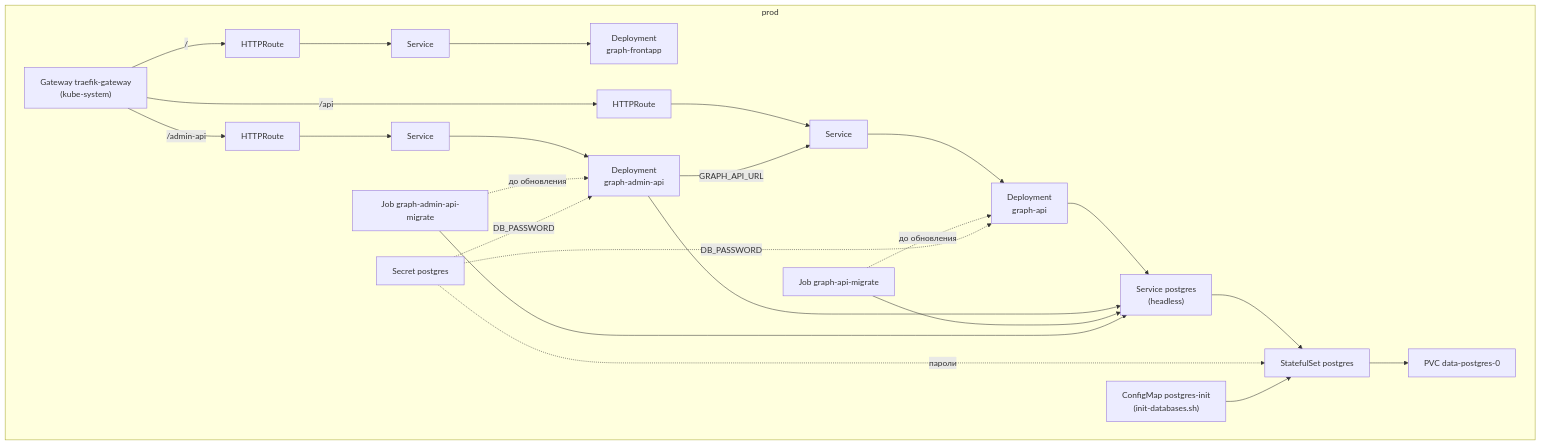
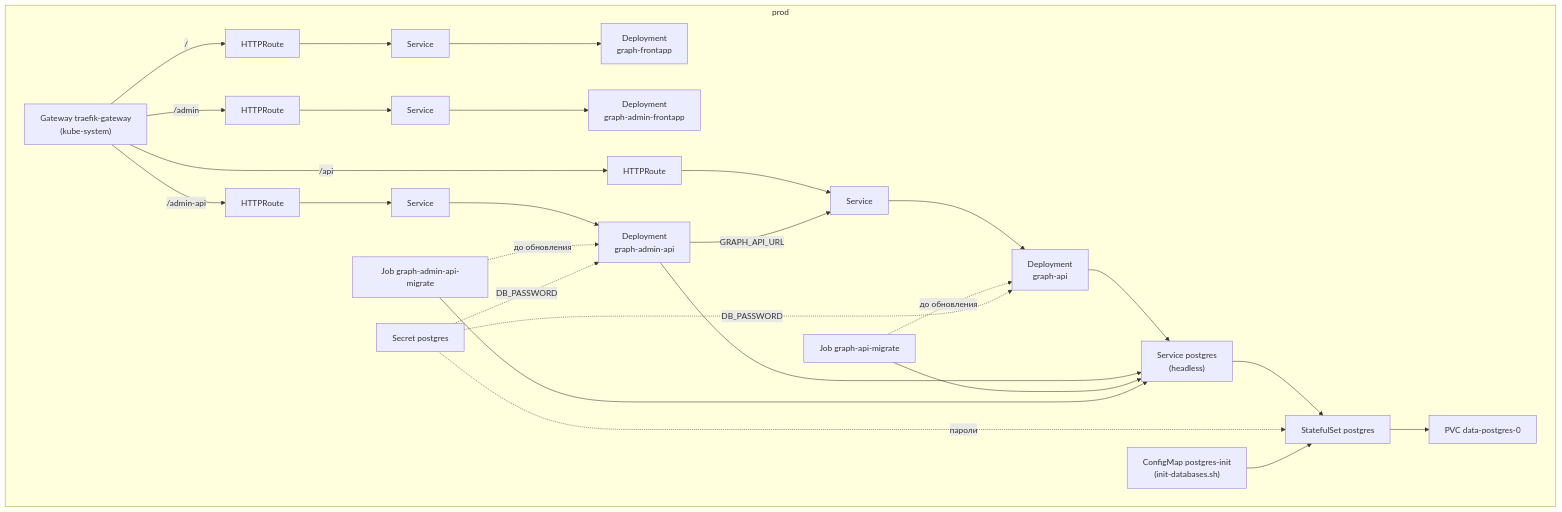
The diagram in infra/deploy/README.md (feytox/shugraph), drawn with Mermaid before and after one commit. The commit also changed other lines of this file and 29 other files, not shown here.

````diff
--- a/infra/deploy/README.md
+++ b/infra/deploy/README.md
@@ -11,21 +11,22 @@
 ```mermaid
 flowchart LR
     GW["Gateway traefik-gateway<br/>(kube-system)"]
 
     subgraph prod
         direction LR
         GW -- "/" --> RF["HTTPRoute"] --> SF["Service"] --> DF["Deployment<br/>graph-frontapp"]
+        GW -- "/admin" --> RAF["HTTPRoute"] --> SAF["Service"] --> DAF["Deployment<br/>graph-admin-frontapp"]
         GW -- "/api" --> RA["HTTPRoute"] --> SA["Service"] --> DA["Deployment<br/>graph-api"]
         GW -- "/admin-api" --> RAA["HTTPRoute"] --> SAA["Service"] --> DAA["Deployment<br/>graph-admin-api"]
         DAA -- "GRAPH_API_URL" --> SA
 
         JA["Job graph-api-migrate"] -. "до обновления" .-> DA
         JAA["Job graph-admin-api-migrate"] -. "до обновления" .-> DAA
 
         DA & DAA & JA & JAA --> SPG["Service postgres<br/>(headless)"] --> PG["StatefulSet postgres"]
         SEC["Secret postgres"] -. "пароли" .-> PG
         SEC -. "DB_PASSWORD" .-> DA & DAA
         CM["ConfigMap postgres-init<br/>(init-databases.sh)"] --> PG
         PG --> PVC["PVC data-postgres-0"]
     end
 ```
````
